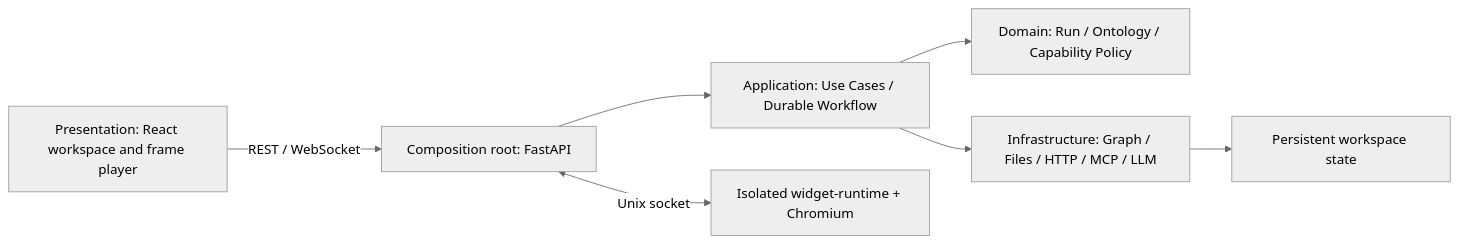
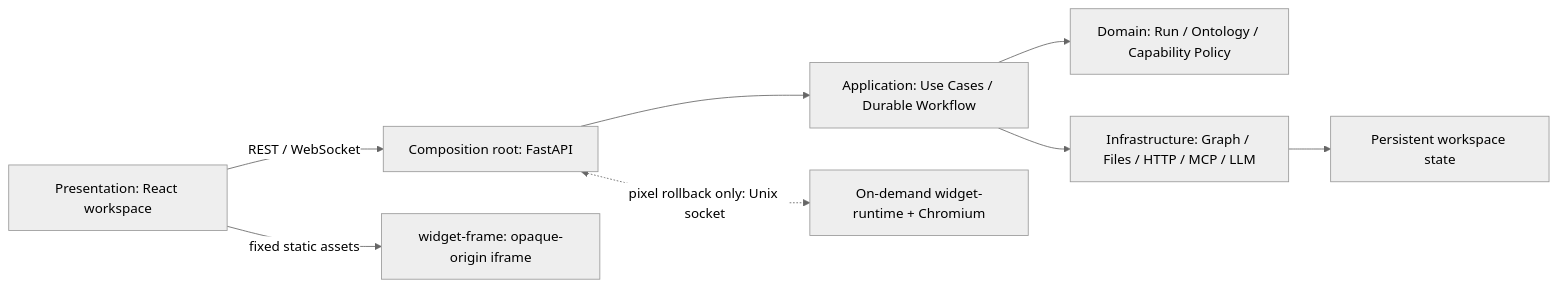
Before and after one commit to BillShiyaoZhang/ambient-agent: the diagram in docs/en/architecture/overview.md, drawn with Mermaid (neutral theme). The commit also changed other lines of this file and 61 other files, not shown here.

````diff
--- a/docs/en/architecture/overview.md
+++ b/docs/en/architecture/overview.md
@@ -5,9 +5,10 @@
 ```mermaid
 flowchart LR
-    Browser[Presentation: React workspace and frame player] -->|REST / WebSocket| API[Composition root: FastAPI]
+    Browser[Presentation: React workspace] -->|REST / WebSocket| API[Composition root: FastAPI]
+    Browser -->|fixed static assets| Frame["widget-frame: opaque-origin iframe"]
     API --> Workflow[Application: Use Cases / Durable Workflow]
     Workflow --> Domain[Domain: Run / Ontology / Capability Policy]
     Workflow --> Infra[Infrastructure: Graph / Files / HTTP / MCP / LLM]
     Infra --> Workspace[Persistent workspace state]
-    API <-->|Unix socket| Runtime[Isolated widget-runtime + Chromium]
+    API <-.->|pixel rollback only: Unix socket| Runtime["On-demand widget-runtime + Chromium"]
 ```
````
